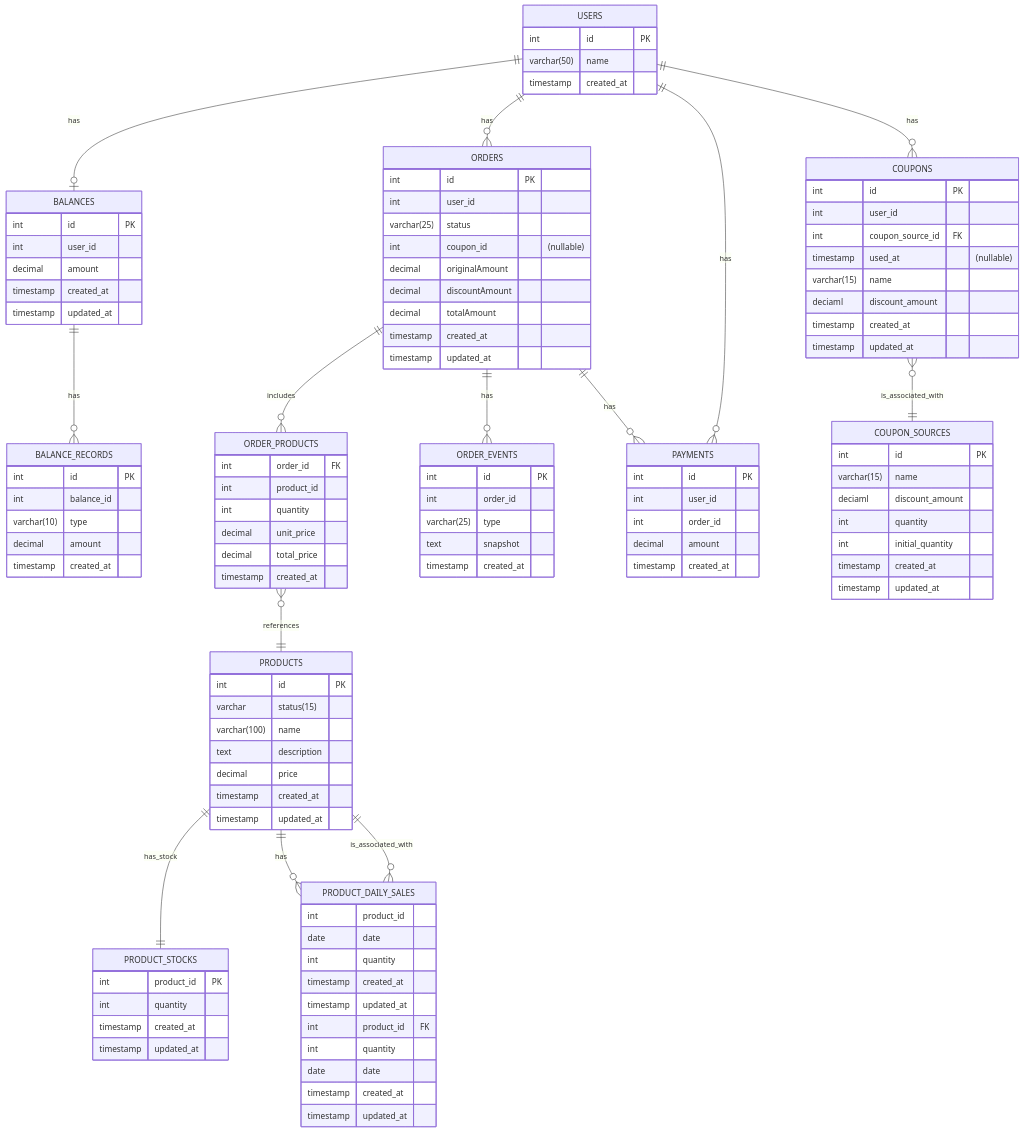
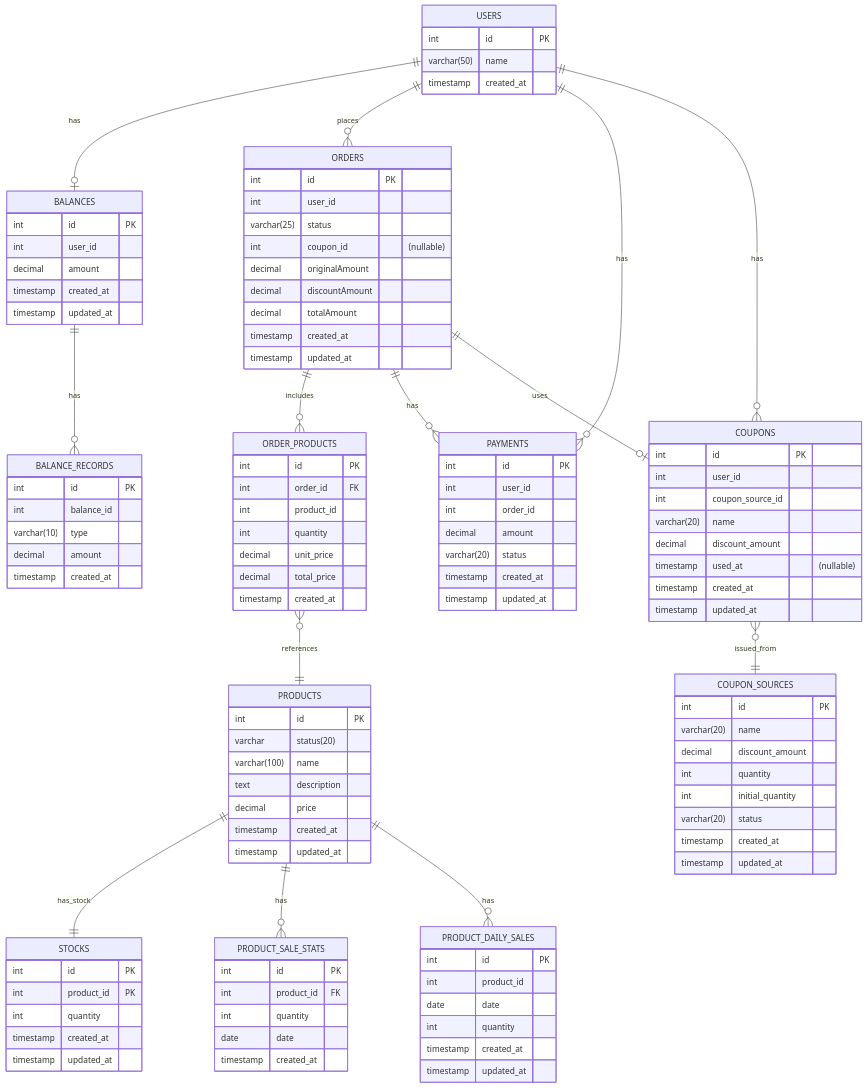
One commit to alert-kim/e-commerce changed the diagram in docs/specs/erd.md. Above: the diagram before and after it, drawn with Mermaid. The commit also changed 12 other files, not shown here.

````diff
--- a/docs/specs/erd.md
+++ b/docs/specs/erd.md
@@ -32,6 +32,7 @@
         timestamp updated_at
     }
     ORDER_PRODUCTS {
+        int id PK
         int order_id FK
         int product_id
         int quantity
@@ -39,30 +40,32 @@
         decimal total_price
         timestamp created_at
     }
-    ORDER_EVENTS {
-        int id PK
-        int order_id
-        varchar(25) type
-        text snapshot
-        timestamp created_at
-    }
 
     PRODUCTS {
         int id PK
-        varchar status(15)
+        varchar status(20)
         varchar(100) name
         text description
         decimal price
         timestamp created_at
         timestamp updated_at
     }
-    PRODUCT_STOCKS {
+    STOCKS {
+        int id PK
         int product_id PK
         int quantity
         timestamp created_at
         timestamp updated_at
     }
+    PRODUCT_SALE_STATS {
+        int id PK
+        int product_id FK
+        int quantity
+        date date
+        timestamp created_at
+    }
     PRODUCT_DAILY_SALES {
+        int id PK
         int product_id
         date date
         int quantity
@@ -75,39 +78,34 @@
         int user_id
         int order_id
         decimal amount
+        varchar(20) status
         timestamp created_at
+        timestamp updated_at
     }
-    
+
     COUPONS {
         int id PK
         int user_id
-        int coupon_source_id FK
+        int coupon_source_id
+        varchar(20) name
+        decimal discount_amount
         timestamp used_at "(nullable)"
-        varchar(15) name
-        deciaml discount_amount
         timestamp created_at
         timestamp updated_at
     }
     COUPON_SOURCES {
         int id PK
-        varchar(15) name
-        deciaml discount_amount
+        varchar(20) name
+        decimal discount_amount
         int quantity
         int initial_quantity
+        varchar(20) status
         timestamp created_at
         timestamp updated_at
     }
 
-    PRODUCT_DAILY_SALES {
-        int product_id FK
-        int quantity
-        date date
-        timestamp created_at
-        timestamp updated_at
-    }
-    
     USERS one to one or zero BALANCES: has
-    USERS one to many ORDERS: has
+    USERS one to zero or more ORDERS: places
     USERS one to many PAYMENTS: has
     USERS one to many COUPONS: has
     
@@ -115,13 +113,12 @@
     
     ORDERS one to many ORDER_PRODUCTS: includes
     ORDER_PRODUCTS many to one PRODUCTS: references
-    ORDERS one to many ORDER_EVENTS: has
 
-    PRODUCTS one to one PRODUCT_STOCKS: has_stock
-    PRODUCTS one to many PRODUCT_DAILY_SALES: has
+    PRODUCTS one to one STOCKS: has_stock
+    PRODUCTS one to zero or more PRODUCT_SALE_STATS : has
+    PRODUCTS one to zero or more PRODUCT_DAILY_SALES: has
 
     ORDERS one to many PAYMENTS: has
-    COUPONS many to one COUPON_SOURCES: is_associated_with
-
-    PRODUCT_DAILY_SALES many to one PRODUCTS: is_associated_with
+    ORDERS one to zero or one COUPONS : uses
+    COUPONS zero or more to one COUPON_SOURCES: issued_from
 ```
````
